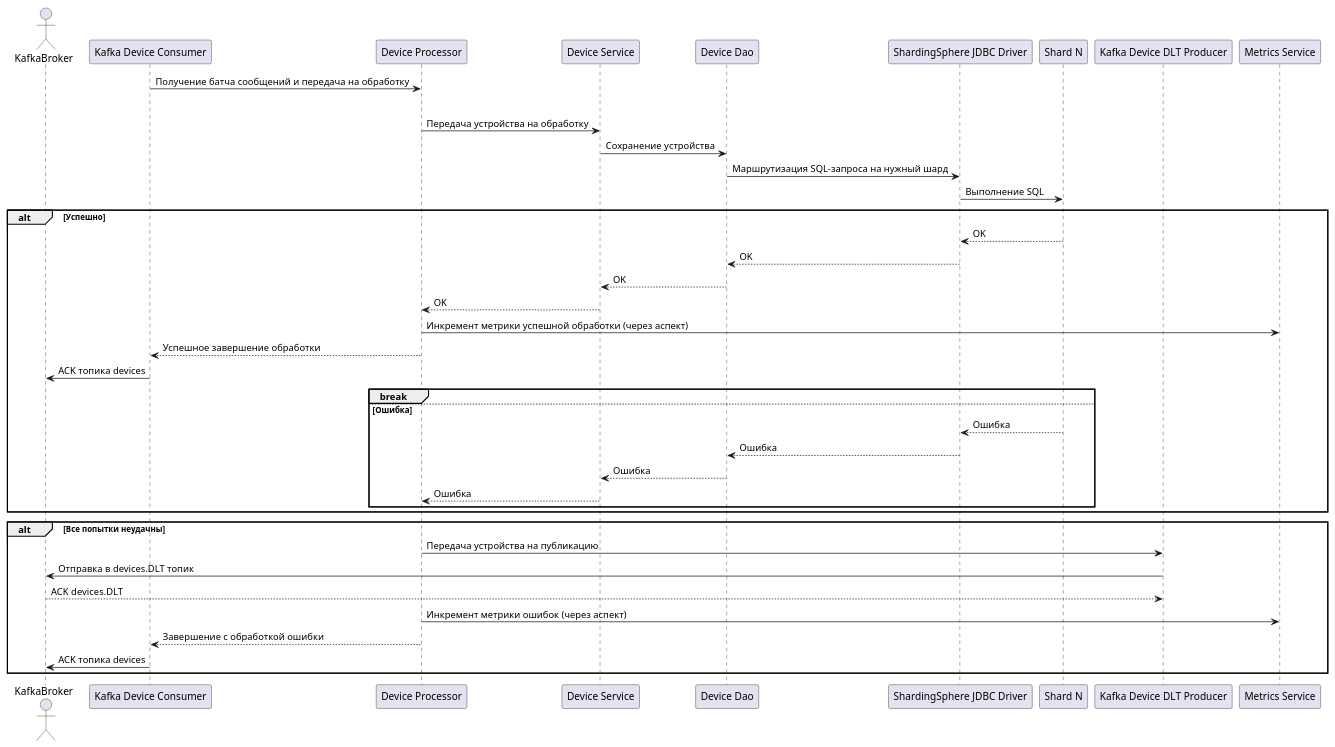
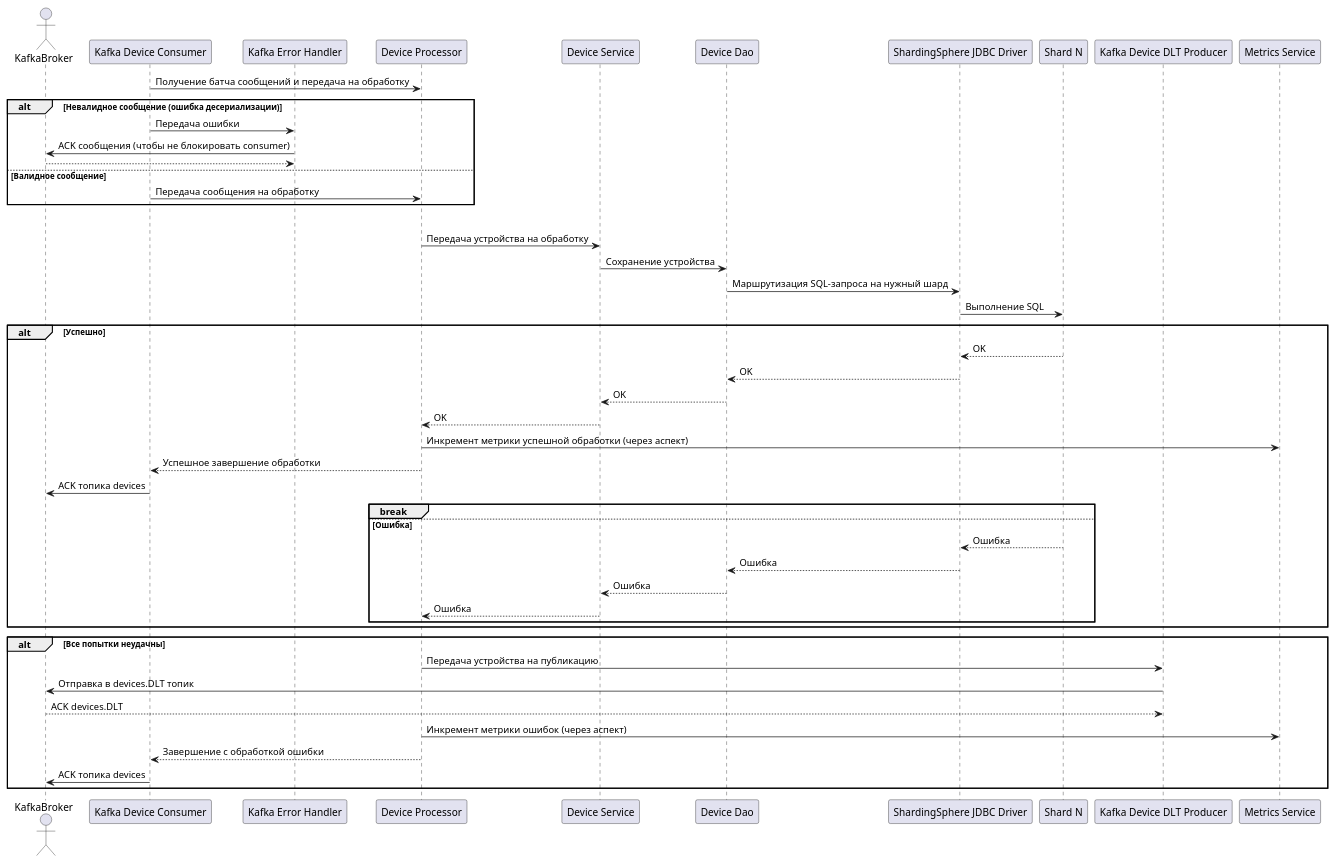
Before and after one commit to SinglePlayer56/iot: the diagram in device-collector/diagrams/sequence.puml, drawn with PlantUML.

Commit message:
Update sequence diagram.

```diff
--- a/device-collector/diagrams/sequence.puml
+++ b/device-collector/diagrams/sequence.puml
@@ -1,44 +1,53 @@
 @startuml
 actor KafkaBroker
 participant "Kafka Device Consumer" as KDC
+participant "Kafka Error Handler" as KEH
 participant "Device Processor" as DP
 participant "Device Service" as DCS
 participant "Device Dao" as DCR
 participant "ShardingSphere JDBC Driver" as SSJ
 participant "Shard N" as S
 participant "Kafka Device DLT Producer" as DLT
 participant "Metrics Service" as MS
 
 KDC -> DP : Получение батча сообщений и передача на обработку
+
+alt Невалидное сообщение (ошибка десериализации)
+    KDC -> KEH : Передача ошибки
+    KEH -> KafkaBroker : ACK сообщения (чтобы не блокировать consumer)
+    return
+else Валидное сообщение
+    KDC -> DP : Передача сообщения на обработку
+end
 
 loop до 3 попыток
     DP -> DCS : Передача устройства на обработку
     DCS -> DCR : Сохранение устройства
     DCR -> SSJ : Маршрутизация SQL-запроса на нужный шард
     SSJ -> S : Выполнение SQL
     alt Успешно
         S --> SSJ : OK
         SSJ --> DCR : OK
         DCR --> DCS : OK
         DCS --> DP : OK
         DP -> MS : Инкремент метрики успешной обработки (через аспект)
         DP --> KDC : Успешное завершение обработки
         KDC -> KafkaBroker : ACK топика devices
         break
     else Ошибка
         S --> SSJ : Ошибка
         SSJ --> DCR : Ошибка
         DCR --> DCS : Ошибка
         DCS --> DP : Ошибка
     end
 end
 
 alt Все попытки неудачны
     DP -> DLT : Передача устройства на публикацию
     DLT -> KafkaBroker : Отправка в devices.DLT топик
     KafkaBroker --> DLT : ACK devices.DLT
     DP -> MS : Инкремент метрики ошибок (через аспект)
     DP --> KDC : Завершение с обработкой ошибки
     KDC -> KafkaBroker : ACK топика devices
 end
 @enduml
```
